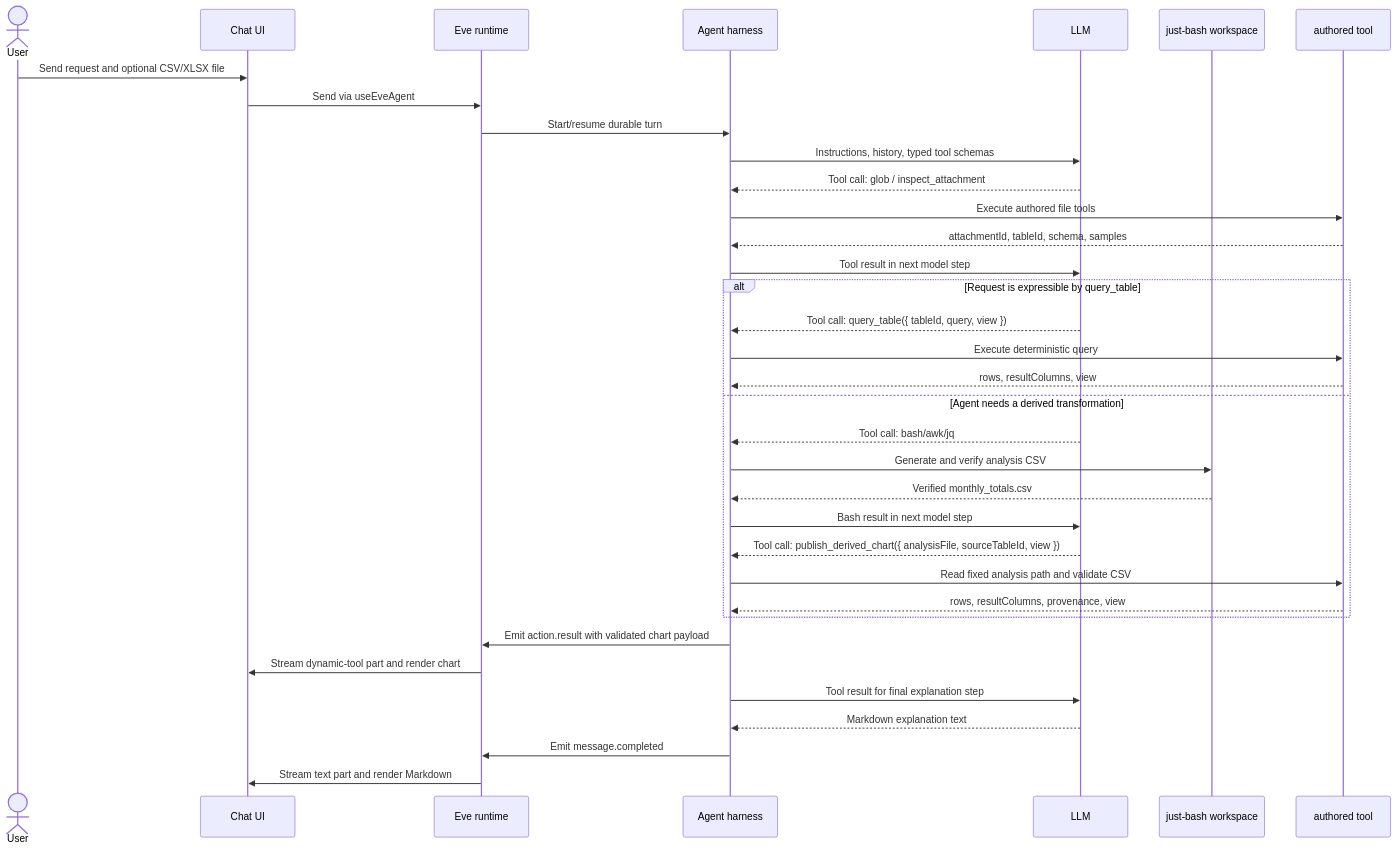
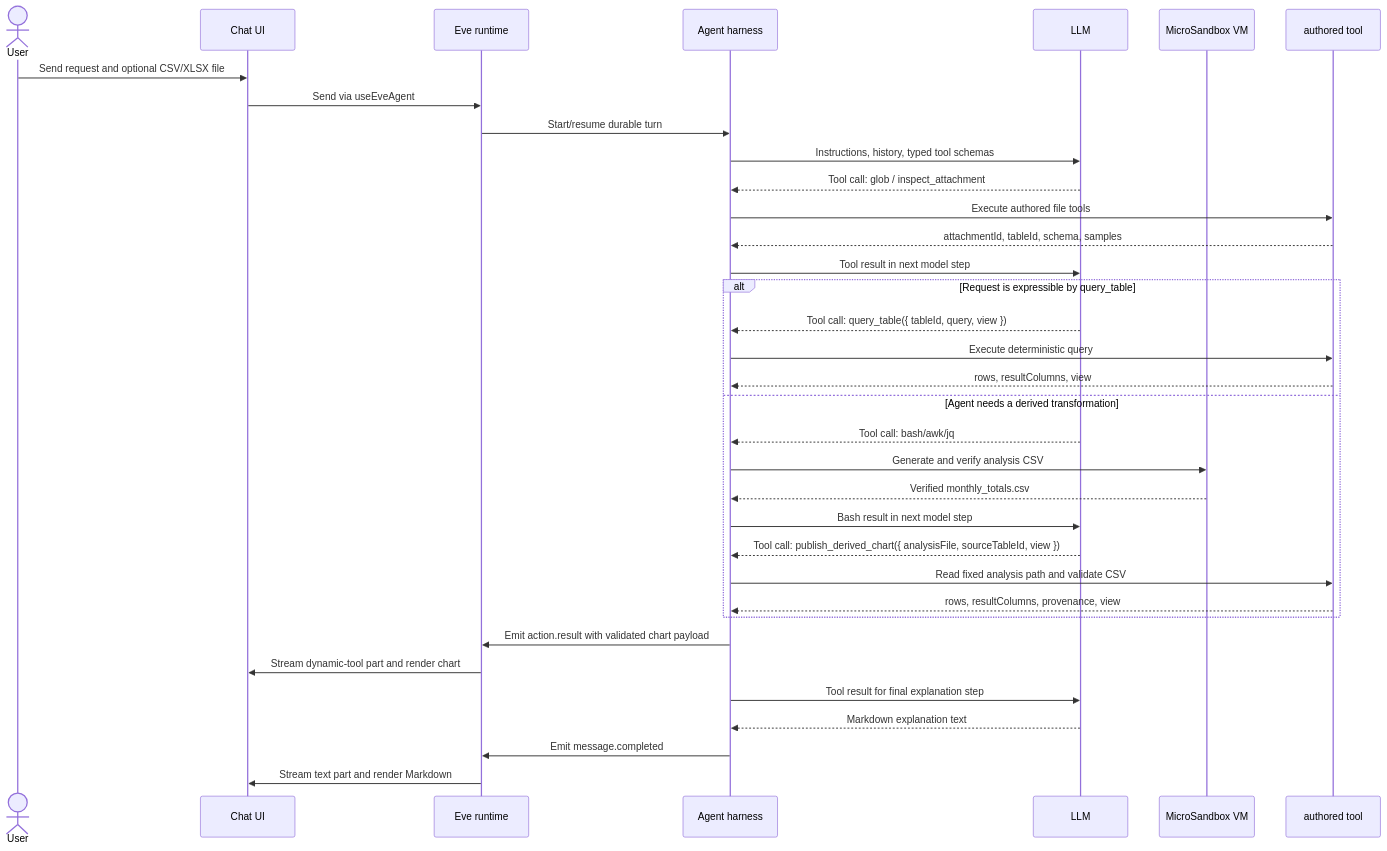
Before and after one commit to openkitchen/eve-chat-agent: the diagram in docs/design/file-artifacts.md, drawn with Mermaid. The commit also changed other lines of this file and 30 other files, not shown here.

````diff
--- a/docs/design/file-artifacts.md
+++ b/docs/design/file-artifacts.md
@@ -52,40 +52,40 @@
 ```mermaid
 sequenceDiagram
   actor User
   participant UI as Chat UI
   participant Eve as Eve runtime
   participant Agent as Agent harness
   participant LLM as LLM
-  participant Sandbox as just-bash workspace
+  participant Sandbox as MicroSandbox VM
   participant Tool as authored tool
 
   User->>UI: Send request and optional CSV/XLSX file
   UI->>Eve: Send via useEveAgent
   Eve->>Agent: Start/resume durable turn
   Agent->>LLM: Instructions, history, typed tool schemas
   LLM-->>Agent: Tool call: glob / inspect_attachment
   Agent->>Tool: Execute authored file tools
   Tool-->>Agent: attachmentId, tableId, schema, samples
   Agent->>LLM: Tool result in next model step
 
   alt Request is expressible by query_table
     LLM-->>Agent: Tool call: query_table({ tableId, query, view })
     Agent->>Tool: Execute deterministic query
     Tool-->>Agent: rows, resultColumns, view
   else Agent needs a derived transformation
     LLM-->>Agent: Tool call: bash/awk/jq
     Agent->>Sandbox: Generate and verify analysis CSV
     Sandbox-->>Agent: Verified monthly_totals.csv
     Agent->>LLM: Bash result in next model step
     LLM-->>Agent: Tool call: publish_derived_chart({ analysisFile, sourceTableId, view })
     Agent->>Tool: Read fixed analysis path and validate CSV
     Tool-->>Agent: rows, resultColumns, provenance, view
   end
 
   Agent->>Eve: Emit action.result with validated chart payload
   Eve->>UI: Stream dynamic-tool part and render chart
   Agent->>LLM: Tool result for final explanation step
   LLM-->>Agent: Markdown explanation text
   Agent->>Eve: Emit message.completed
   Eve->>UI: Stream text part and render Markdown
 ```
````
